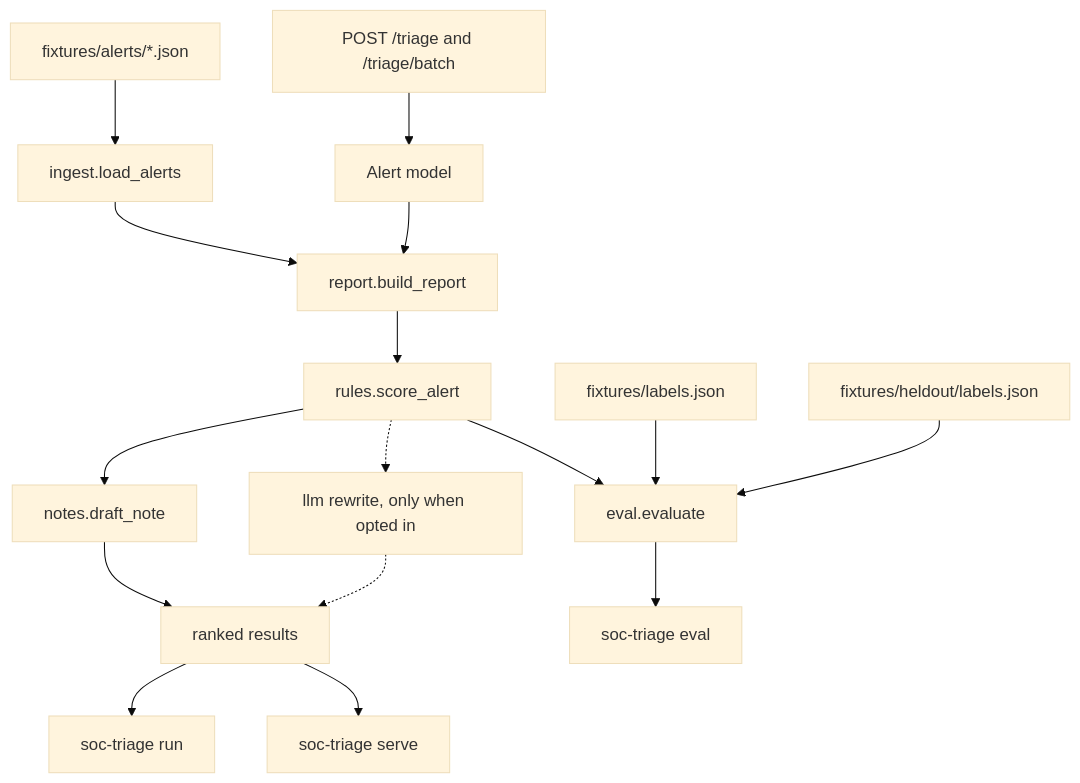
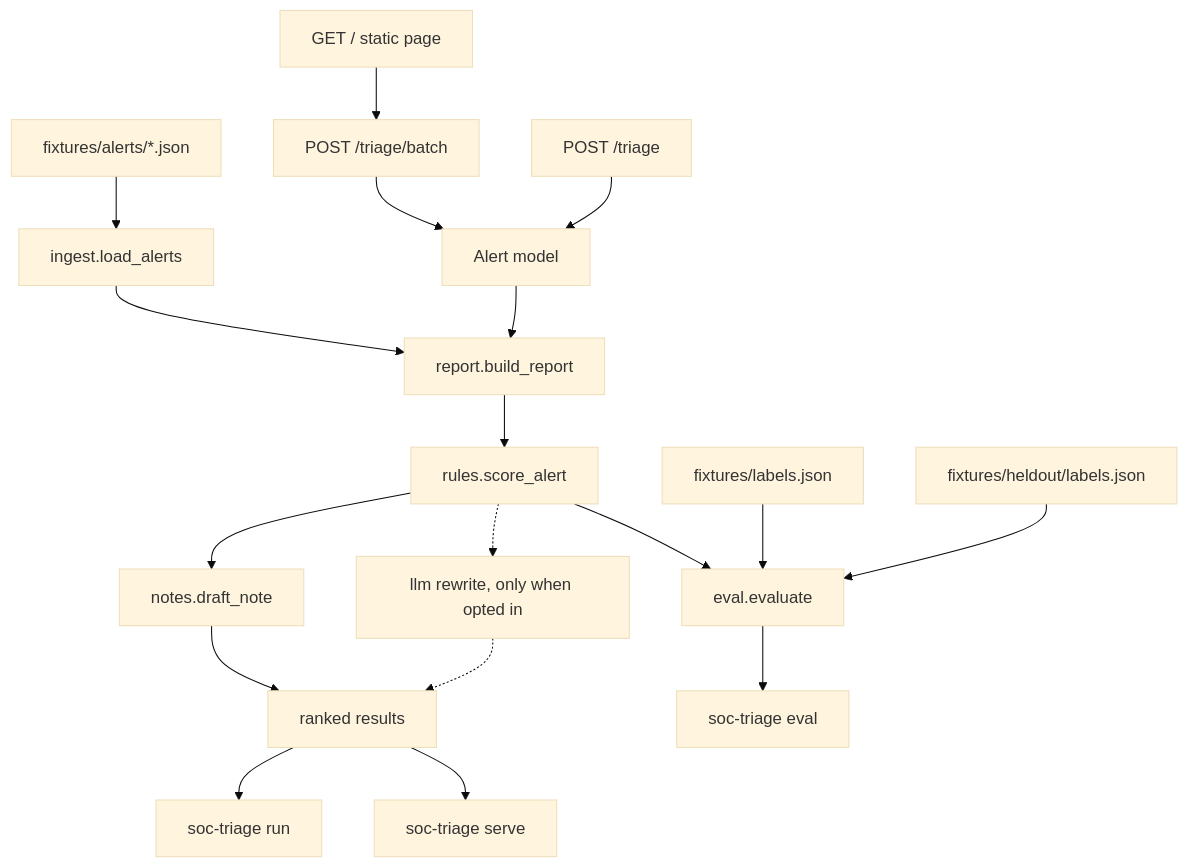
Before and after one commit to oemarino/soc-triage-agent: the diagram in README.md, drawn with Mermaid (base theme). The commit also changed other lines of this file and 10 other files, not shown here.

First line of the commit message:
Add a localhost demo page that ranks alerts through the batch API.

````diff
--- a/README.md
+++ b/README.md
@@ -23,18 +23,20 @@
 ```mermaid
 flowchart TD
     alerts["fixtures/alerts/*.json"] --> ingest["ingest.load_alerts"]
-    http["POST /triage and /triage/batch"] --> validate["Alert model"]
+    page["GET / static page"] --> batch["POST /triage/batch"]
+    single["POST /triage"] --> validate["Alert model"]
+    batch --> validate
     ingest --> report["report.build_report"]
     validate --> report
     report --> rules["rules.score_alert"]
     rules --> notes["notes.draft_note"]
     rules -.-> llm["llm rewrite, only when opted in"]
     notes --> out["ranked results"]
     llm -.-> out
     out --> runCmd["soc-triage run"]
     out --> api["soc-triage serve"]
     labels["fixtures/labels.json"] --> evalStep["eval.evaluate"]
     heldout["fixtures/heldout/labels.json"] --> evalStep
     rules --> evalStep
     evalStep --> evalCmd["soc-triage eval"]
 ```
````
